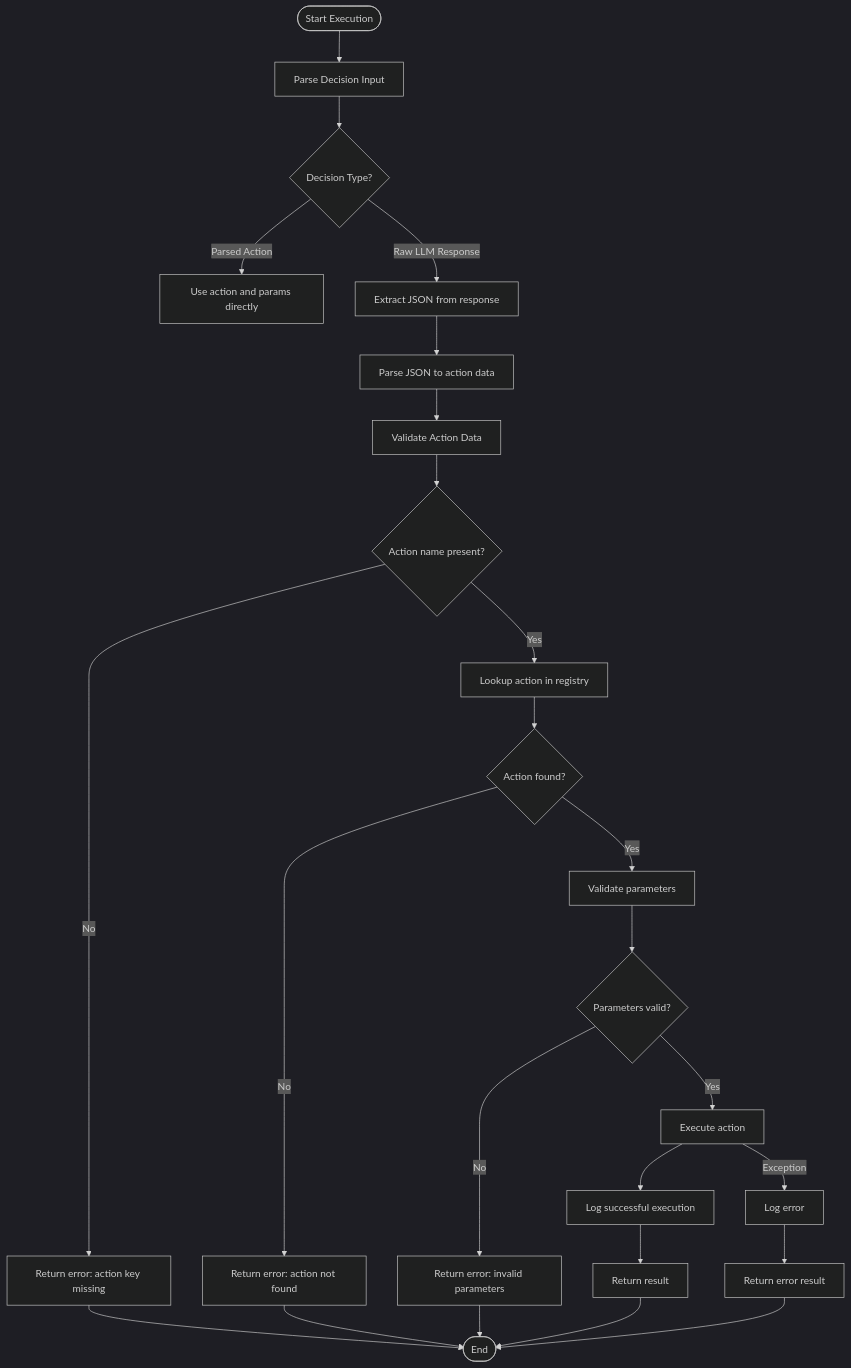
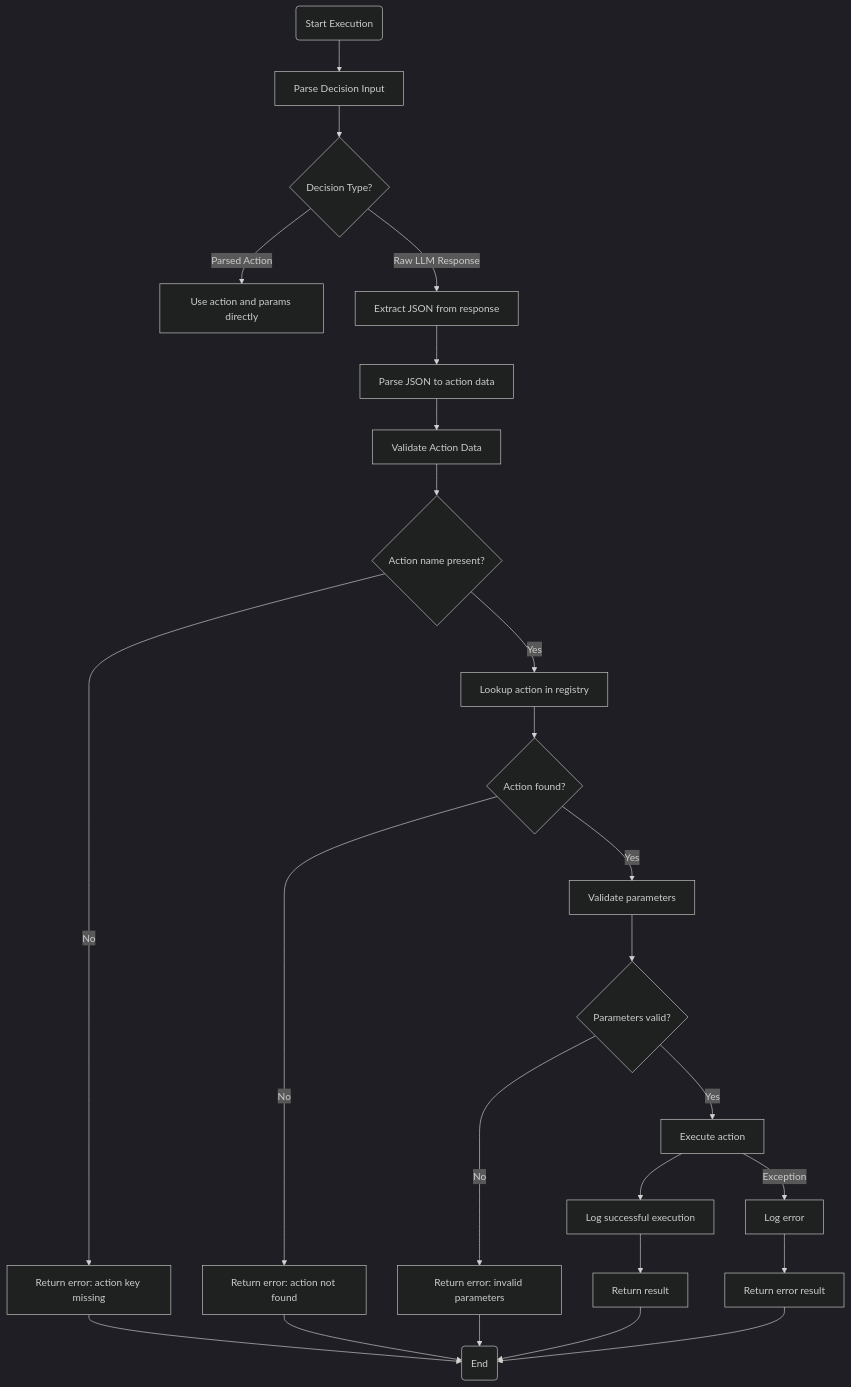
Before and after one commit to Likhithsai2580/RAVANA-WIKI: the fifth of 8 diagrams in docs/Action System/Action Manager.md, drawn with Mermaid (dark theme). The commit also changed other lines of this file and 32 other files, not shown here.

First line of the commit message:
feat(mermaid): enhance Mermaid diagram rendering and debugging support

````diff
--- a/docs/Action System/Action Manager.md
+++ b/docs/Action System/Action Manager.md
@@ -194,27 +194,27 @@
 ```mermaid
 flowchart TD
-Start([Start Execution]) --> ParseDecision["Parse Decision Input"]
+Start("Start Execution") --> ParseDecision["Parse Decision Input"]
 ParseDecision --> DecisionType{"Decision Type?"}
 DecisionType --> |Parsed Action| UseDirect["Use action and params directly"]
 DecisionType --> |Raw LLM Response| ExtractJSON["Extract JSON from response"]
 ExtractJSON --> ParseJSON["Parse JSON to action data"]
 ParseJSON --> ValidateAction["Validate Action Data"]
 ValidateAction --> CheckAction{"Action name present?"}
 CheckAction --> |No| ReturnError1["Return error: action key missing"]
 CheckAction --> |Yes| LookupAction["Lookup action in registry"]
 LookupAction --> ActionFound{"Action found?"}
 ActionFound --> |No| ReturnError2["Return error: action not found"]
 ActionFound --> |Yes| ValidateParams["Validate parameters"]
 ValidateParams --> ParamsValid{"Parameters valid?"}
 ParamsValid --> |No| ReturnError3["Return error: invalid parameters"]
 ParamsValid --> |Yes| ExecuteAction["Execute action"]
 ExecuteAction --> LogSuccess["Log successful execution"]
 ExecuteAction --> |Exception| LogError["Log error"]
 LogSuccess --> ReturnResult["Return result"]
 LogError --> ReturnError4["Return error result"]
-ReturnResult --> End([End])
+ReturnResult --> End("End")
 ReturnError1 --> End
 ReturnError2 --> End
 ReturnError3 --> End
 ReturnError4 --> End
 ```
````
